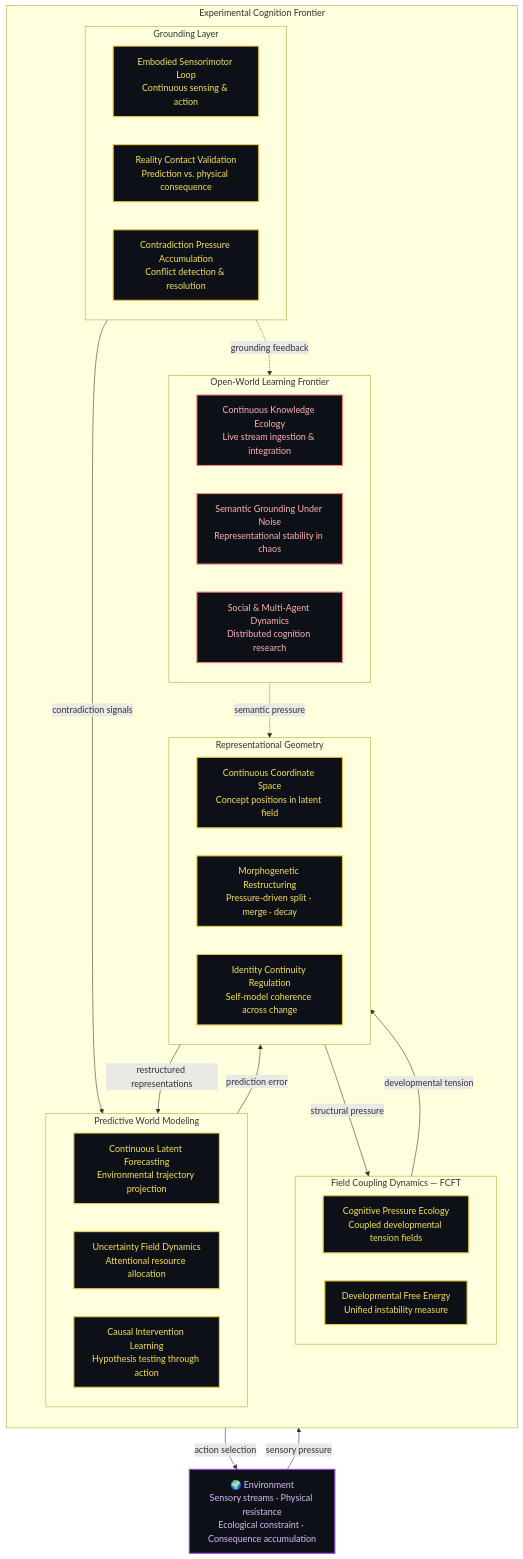
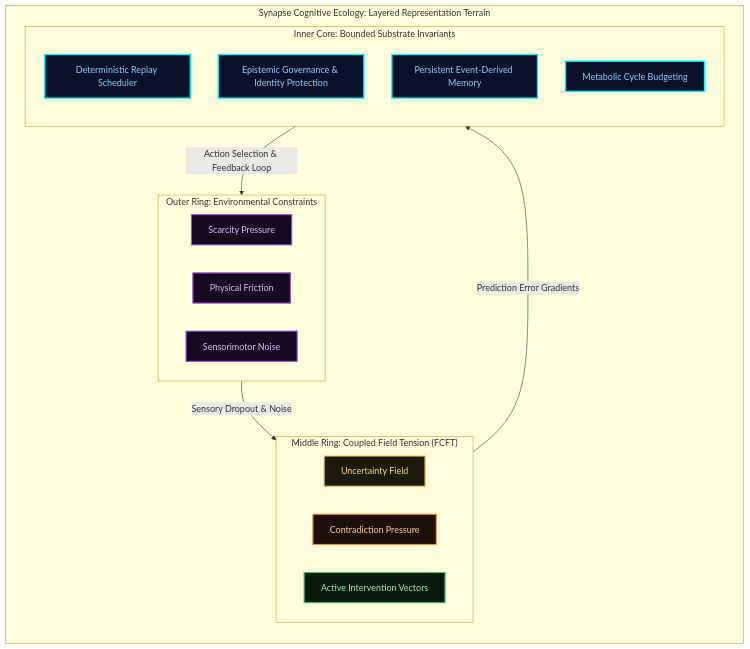
Before and after one commit to rk-roshan-kr/Earthos-public: the fourth of 7 diagrams in docs/architecture.md, drawn with Mermaid. The commit also changed other lines of this file, not shown here.

Commit message:
docs: complete rewrite of architecture.md with cognitive ecology flowcharts and timeline

````diff
--- a/docs/architecture.md
+++ b/docs/architecture.md
@@ -119,52 +127,37 @@
 ```mermaid
-graph TD
-    classDef operational fill:#0d1117,stroke:#48bb78,stroke-width:2px,color:#9ae6b4;
-    classDef prototype fill:#0d1117,stroke:#ecc94b,stroke-width:2px,color:#f6e05e;
-    classDef frontier fill:#0d1117,stroke:#fc8181,stroke-width:2px,color:#feb2b2;
-    classDef env fill:#0d1117,stroke:#9d4edd,stroke-width:2px,color:#d6bcfa;
+flowchart TB
+    classDef env fill:#150a21,stroke:#9d4edd,stroke-width:2px,color:#d6bcfa;
+    classDef ground fill:#0a1a0f,stroke:#48bb78,stroke-width:2px,color:#9ae6b4;
+    classDef forecast fill:#1a190a,stroke:#ecc94b,stroke-width:2px,color:#f6e05e;
+    classDef core fill:#0a1128,stroke:#00f2fe,stroke-width:2.5px,color:#90cdf4;
+    classDef pressure fill:#1a0f0a,stroke:#ed8936,stroke-width:2px,color:#fbd38d;
 
-    ENV["🌍 Environment\nSensory streams · Physical resistance\nEcological constraint · Consequence accumulation"]:::env
-
-    subgraph EXP ["Experimental Cognition Frontier"]
+    subgraph ECOLOGICAL_TERRAIN ["Synapse Cognitive Ecology: Layered Representation Terrain"]
         direction TB
 
-        subgraph GROUND ["Grounding Layer"]
-            G1["Embodied Sensorimotor Loop\nContinuous sensing & action"]:::prototype
-            G2["Reality Contact Validation\nPrediction vs. physical consequence"]:::prototype
-            G3["Contradiction Pressure Accumulation\nConflict detection & resolution"]:::prototype
+        subgraph ENV_DYNAMICS ["Outer Ring: Environmental Constraints"]
+            E1["Scarcity Pressure"]:::env
+            E2["Physical Friction"]:::env
+            E3["Sensorimotor Noise"]:::env
         end
 
-        subgraph PRED ["Predictive World Modeling"]
-            P1["Continuous Latent Forecasting\nEnvironmental trajectory projection"]:::prototype
-            P2["Uncertainty Field Dynamics\nAttentional resource allocation"]:::prototype
-            P3["Causal Intervention Learning\nHypothesis testing through action"]:::prototype
+        subgraph COGNITIVE_FIELDS ["Middle Ring: Coupled Field Tension (FCFT)"]
+            direction LR
+            C1["Uncertainty Field"]:::forecast
+            C2["Contradiction Pressure"]:::pressure
+            C3["Active Intervention Vectors"]:::ground
         end
 
-        subgraph REPR ["Representational Geometry"]
-            R1["Continuous Coordinate Space\nConcept positions in latent field"]:::prototype
-            R2["Morphogenetic Restructuring\nPressure-driven split · merge · decay"]:::prototype
-            R3["Identity Continuity Regulation\nSelf-model coherence across change"]:::prototype
+        subgraph INVARIANT_CORE ["Inner Core: Bounded Substrate Invariants"]
+            direction TB
+            IC1["Deterministic Replay Scheduler"]:::core
+            IC2["Epistemic Governance & Identity Protection"]:::core
+            IC3["Persistent Event-Derived Memory"]:::core
+            IC4["Metabolic Cycle Budgeting"]:::core
         end
-
-        subgraph FIELD ["Field Coupling Dynamics — FCFT"]
-            F1["Cognitive Pressure Ecology\nCoupled developmental tension fields"]:::prototype
-            F2["Developmental Free Energy\nUnified instability measure"]:::prototype
-        end
-
-        subgraph OPEN ["Open-World Learning Frontier"]
-            O1["Continuous Knowledge Ecology\nLive stream ingestion & integration"]:::frontier
-            O2["Semantic Grounding Under Noise\nRepresentational stability in chaos"]:::frontier
-            O3["Social & Multi-Agent Dynamics\nDistributed cognition research"]:::frontier
-        end
+        
+        ENV_DYNAMICS -->|Sensory Dropout & Noise| COGNITIVE_FIELDS
+        COGNITIVE_FIELDS -->|Prediction Error Gradients| INVARIANT_CORE
+        INVARIANT_CORE -->|Action Selection & Feedback Loop| ENV_DYNAMICS
     end
-
-    ENV -->|sensory pressure| GROUND
-    GROUND -->|contradiction signals| PRED
-    PRED -->|prediction error| REPR
-    REPR -->|structural pressure| FIELD
-    FIELD -->|developmental tension| REPR
-    REPR -->|restructured representations| PRED
-    PRED -->|action selection| ENV
-    GROUND -.->|grounding feedback| OPEN
-    OPEN -.->|semantic pressure| REPR
 ```
````
